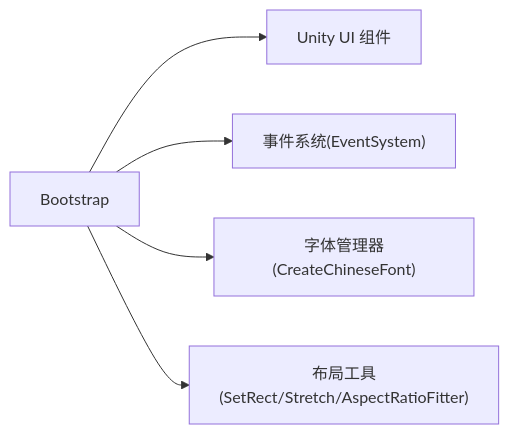
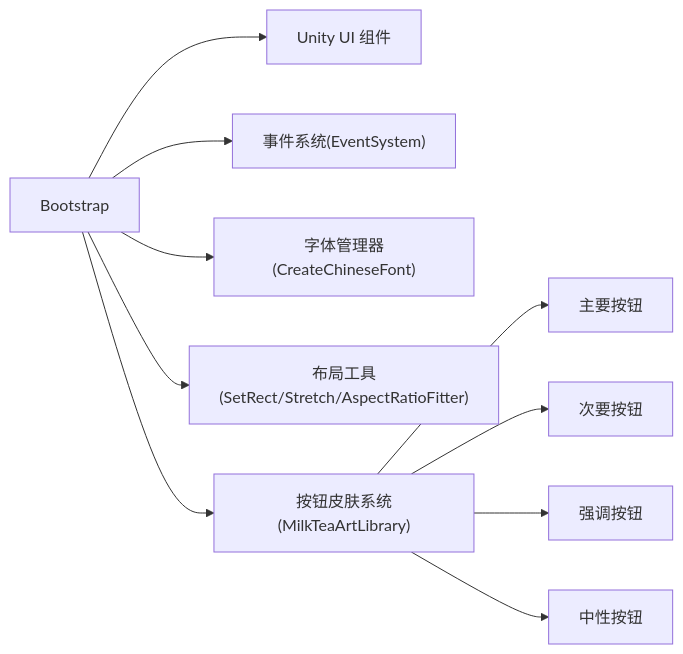
One commit to Thanatos42/-demo changed the sixth of 6 diagrams in .qoder/repowiki/zh/content/核心系统详解/UI系统架构.md. Above: the diagram before and after it, drawn with Mermaid. The commit also changed other lines of this file and 56 other files, not shown here.

````diff
--- a/.qoder/repowiki/zh/content/核心系统详解/UI系统架构.md
+++ b/.qoder/repowiki/zh/content/核心系统详解/UI系统架构.md
@@ -264,7 +325,12 @@
 ```mermaid
 graph LR
 Boot["Bootstrap"] --> UI["Unity UI 组件"]
 Boot --> EVT["事件系统(EventSystem)"]
 Boot --> FONT["字体管理器(CreateChineseFont)"]
 Boot --> LAYOUT["布局工具(SetRect/Stretch/AspectRatioFitter)"]
+Boot --> SKIN["按钮皮肤系统(MilkTeaArtLibrary)"]
+SKIN --> PRIMARY["主要按钮"]
+SKIN --> SECONDARY["次要按钮"]
+SKIN --> ACCENT["强调按钮"]
+SKIN --> NEUTRAL["中性按钮"]
 ```
````
